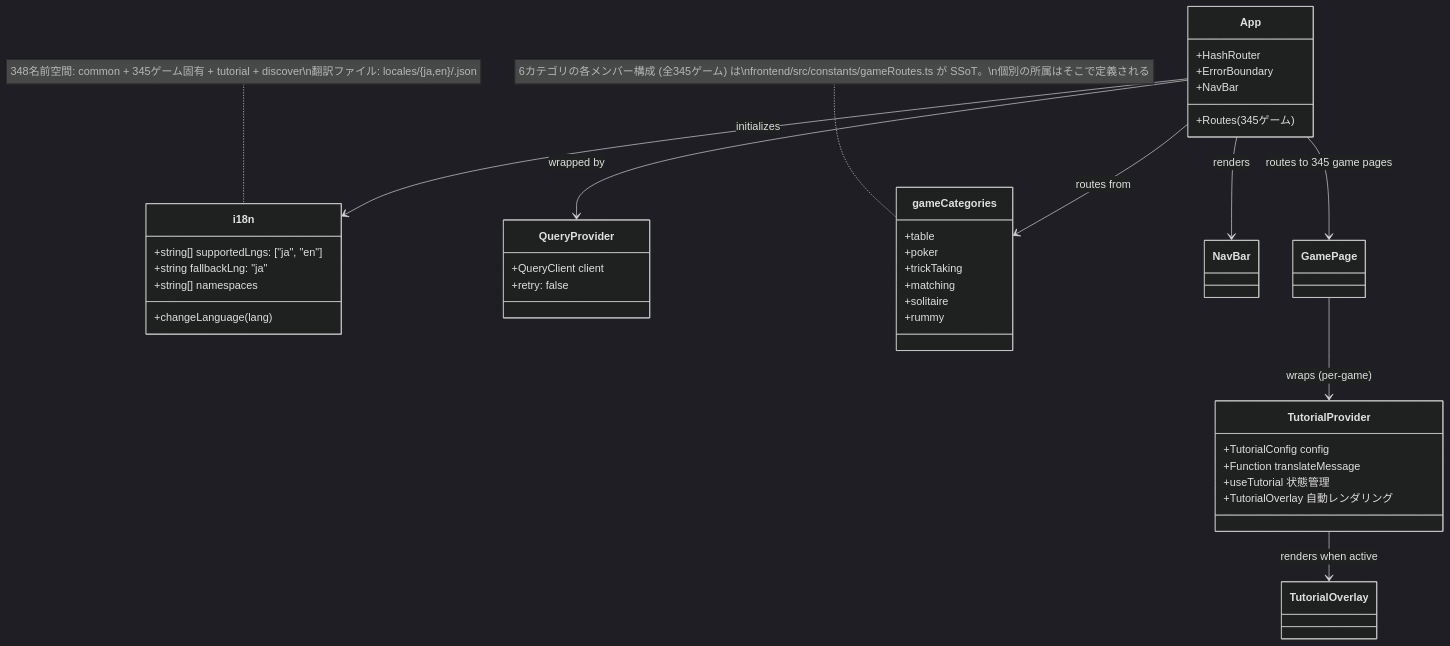
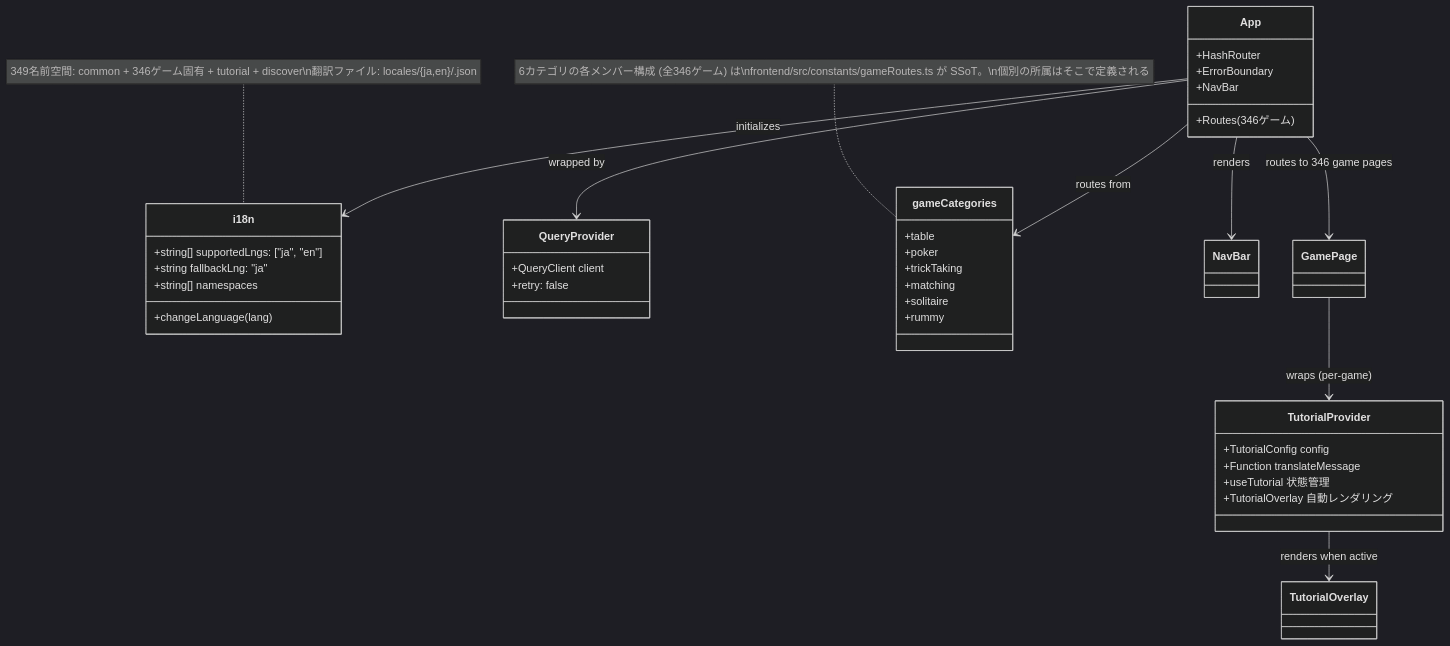
One commit to yuta-yoshinaga/go_trumpcards changed the ninth of 49 diagrams in docs/design/frontend.md. Above: the diagram before and after it, drawn with Mermaid (dark theme). The commit also changed other lines of this file and 69 other files, not shown here.

````diff
--- a/docs/design/frontend.md
+++ b/docs/design/frontend.md
@@ -1874,48 +1874,48 @@
 ```mermaid
 classDiagram
     class i18n {
         +string[] supportedLngs: ["ja", "en"]
         +string fallbackLng: "ja"
         +string[] namespaces
         +changeLanguage(lang)
     }
 
     class QueryProvider {
         +QueryClient client
         +retry: false
     }
 
     class App {
         +HashRouter
         +ErrorBoundary
         +NavBar
-        +Routes (345ゲーム)
+        +Routes (346ゲーム)
     }
 
     class gameCategories {
         +table
         +poker
         +trickTaking
         +matching
         +solitaire
         +rummy
     }
-    note for gameCategories "6カテゴリの各メンバー構成 (全345ゲーム) は\nfrontend/src/constants/gameRoutes.ts が SSoT。\n個別の所属はそこで定義される"
+    note for gameCategories "6カテゴリの各メンバー構成 (全346ゲーム) は\nfrontend/src/constants/gameRoutes.ts が SSoT。\n個別の所属はそこで定義される"
 
     class TutorialProvider {
         +TutorialConfig config
         +Function translateMessage
         +useTutorial 状態管理
         +TutorialOverlay 自動レンダリング
     }
 
     App --> QueryProvider : wrapped by
     App --> i18n : initializes
     App --> gameCategories : routes from
     App --> NavBar : renders
-    App --> GamePage : routes to 345 game pages
+    App --> GamePage : routes to 346 game pages
     GamePage --> TutorialProvider : wraps (per-game)
     TutorialProvider --> TutorialOverlay : renders when active
 
-    note for i18n "348名前空間: common + 345ゲーム固有 + tutorial + discover\n翻訳ファイル: locales/{ja,en}/<game>.json"
+    note for i18n "349名前空間: common + 346ゲーム固有 + tutorial + discover\n翻訳ファイル: locales/{ja,en}/<game>.json"
 ```
````
